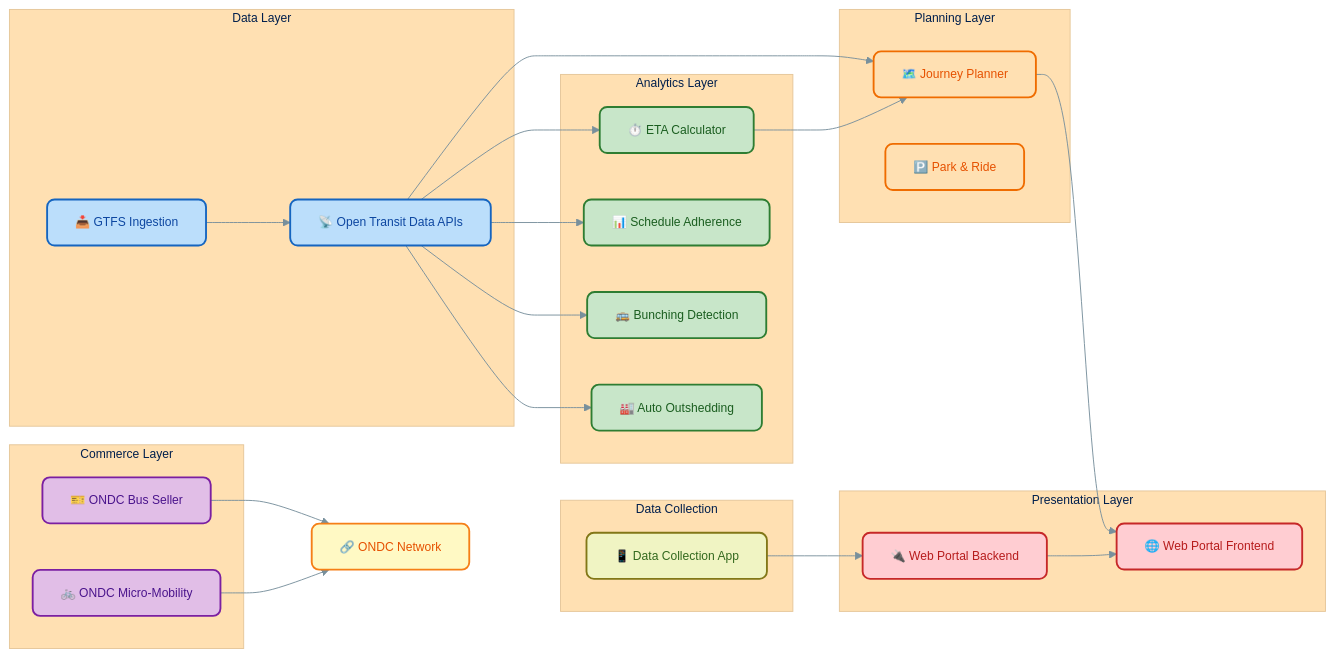
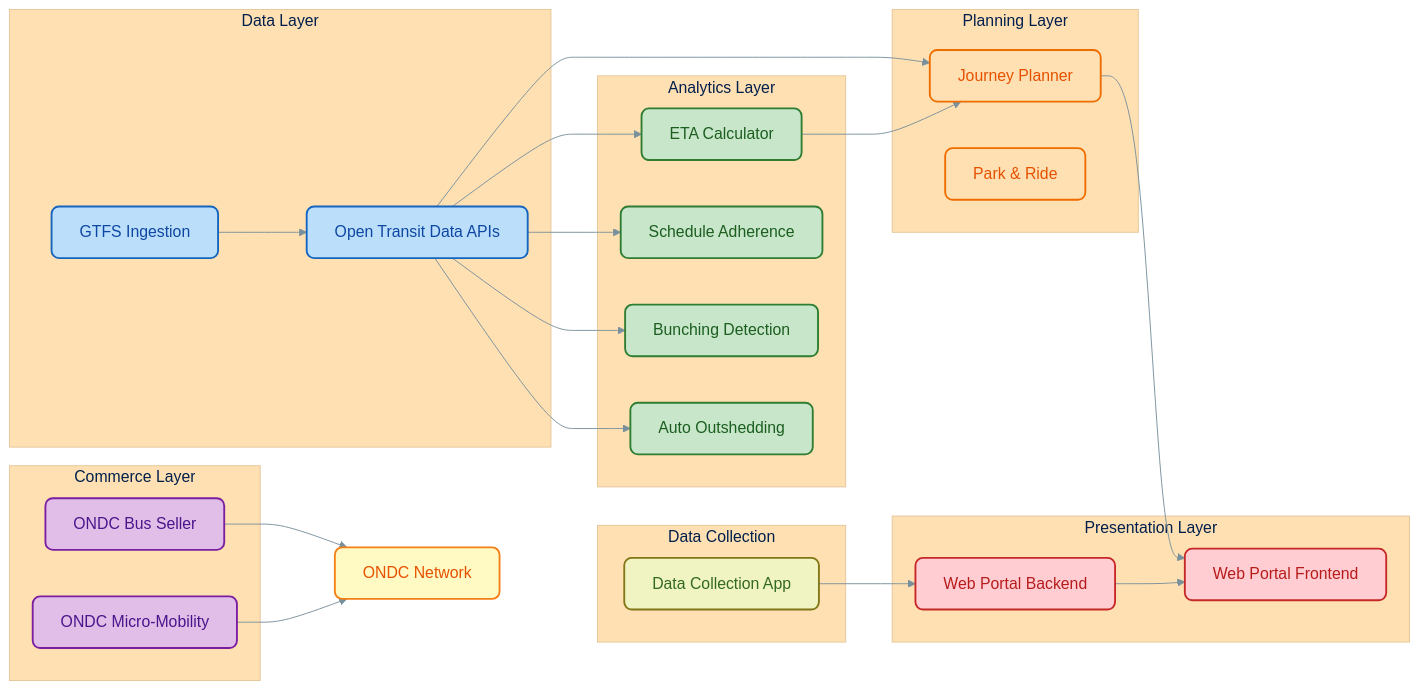
The second of 4 diagrams in docs/architecture/overview.md (transport-stack/wiki-transport-stack), drawn with Mermaid before and after one commit. The commit also changed other lines of this file, not shown here.

Commit message:
docs: remove emojis and increase font size in Mermaid diagrams

````diff
--- a/docs/architecture/overview.md
+++ b/docs/architecture/overview.md
@@ -89,57 +89,57 @@
 ```mermaid
-%%{init: {'theme': 'base', 'themeVariables': { 'primaryColor': '#bbdefb', 'primaryTextColor': '#0d47a1', 'primaryBorderColor': '#1976d2', 'lineColor': '#78909c', 'secondaryColor': '#c8e6c9', 'tertiaryColor': '#ffe0b2', 'quaternaryColor': '#e1bee7', 'fontFamily': 'Inter, sans-serif', 'fontSize': '13px' }}}%%
+%%{init: {'theme': 'base', 'themeVariables': { 'primaryColor': '#bbdefb', 'primaryTextColor': '#0d47a1', 'primaryBorderColor': '#1976d2', 'lineColor': '#78909c', 'secondaryColor': '#c8e6c9', 'tertiaryColor': '#ffe0b2', 'quaternaryColor': '#e1bee7', 'fontFamily': 'Inter, sans-serif', 'fontSize': '17px' }}}%%
 graph LR
     classDef data fill:#bbdefb,stroke:#1565c0,stroke-width:2px,color:#0d47a1,rx:8px,ry:8px
     classDef analytics fill:#c8e6c9,stroke:#2e7d32,stroke-width:2px,color:#1b5e20,rx:8px,ry:8px
     classDef planning fill:#ffe0b2,stroke:#ef6c00,stroke-width:2px,color:#e65100,rx:8px,ry:8px
     classDef commerce fill:#e1bee7,stroke:#7b1fa2,stroke-width:2px,color:#4a148c,rx:8px,ry:8px
     classDef presentation fill:#ffcdd2,stroke:#c62828,stroke-width:2px,color:#b71c1c,rx:8px,ry:8px
     classDef collection fill:#f0f4c3,stroke:#827717,stroke-width:2px,color:#33691e,rx:8px,ry:8px
     classDef external fill:#fff9c4,stroke:#f57f17,stroke-width:2px,color:#e65100,rx:8px,ry:8px
 
     subgraph "Data Layer"
-        OTD["📡 Open Transit Data APIs"]:::data
-        GTFS["📥 GTFS Ingestion"]:::data
+        OTD["Open Transit Data APIs"]:::data
+        GTFS["GTFS Ingestion"]:::data
     end
 
     subgraph "Analytics Layer"
-        ETA["⏱️ ETA Calculator"]:::analytics
-        SA["📊 Schedule Adherence"]:::analytics
-        BB["🚌 Bunching Detection"]:::analytics
-        AO["🏭 Auto Outshedding"]:::analytics
+        ETA["ETA Calculator"]:::analytics
+        SA["Schedule Adherence"]:::analytics
+        BB["Bunching Detection"]:::analytics
+        AO["Auto Outshedding"]:::analytics
     end
 
     subgraph "Planning Layer"
-        JP["🗺️ Journey Planner"]:::planning
-        PNR["🅿️ Park & Ride"]:::planning
+        JP["Journey Planner"]:::planning
+        PNR["Park & Ride"]:::planning
     end
 
     subgraph "Commerce Layer"
-        ONDC_S["🎫 ONDC Bus Seller"]:::commerce
-        ONDC_B["🚲 ONDC Micro-Mobility"]:::commerce
+        ONDC_S["ONDC Bus Seller"]:::commerce
+        ONDC_B["ONDC Micro-Mobility"]:::commerce
     end
 
     subgraph "Presentation Layer"
-        PORTAL_FE["🌐 Web Portal Frontend"]:::presentation
-        PORTAL_BE["🔌 Web Portal Backend"]:::presentation
+        PORTAL_FE["Web Portal Frontend"]:::presentation
+        PORTAL_BE["Web Portal Backend"]:::presentation
     end
 
     subgraph "Data Collection"
-        DC["📱 Data Collection App"]:::collection
+        DC["Data Collection App"]:::collection
     end
 
-    ONDC_NET["🔗 ONDC Network"]:::external
+    ONDC_NET["ONDC Network"]:::external
 
     GTFS --> OTD
     OTD --> ETA
     OTD --> JP
     OTD --> SA
     OTD --> BB
     OTD --> AO
     ETA --> JP
     JP --> PORTAL_FE
     ONDC_S --> ONDC_NET
     ONDC_B --> ONDC_NET
     DC --> PORTAL_BE
     PORTAL_BE --> PORTAL_FE
 ```
````
